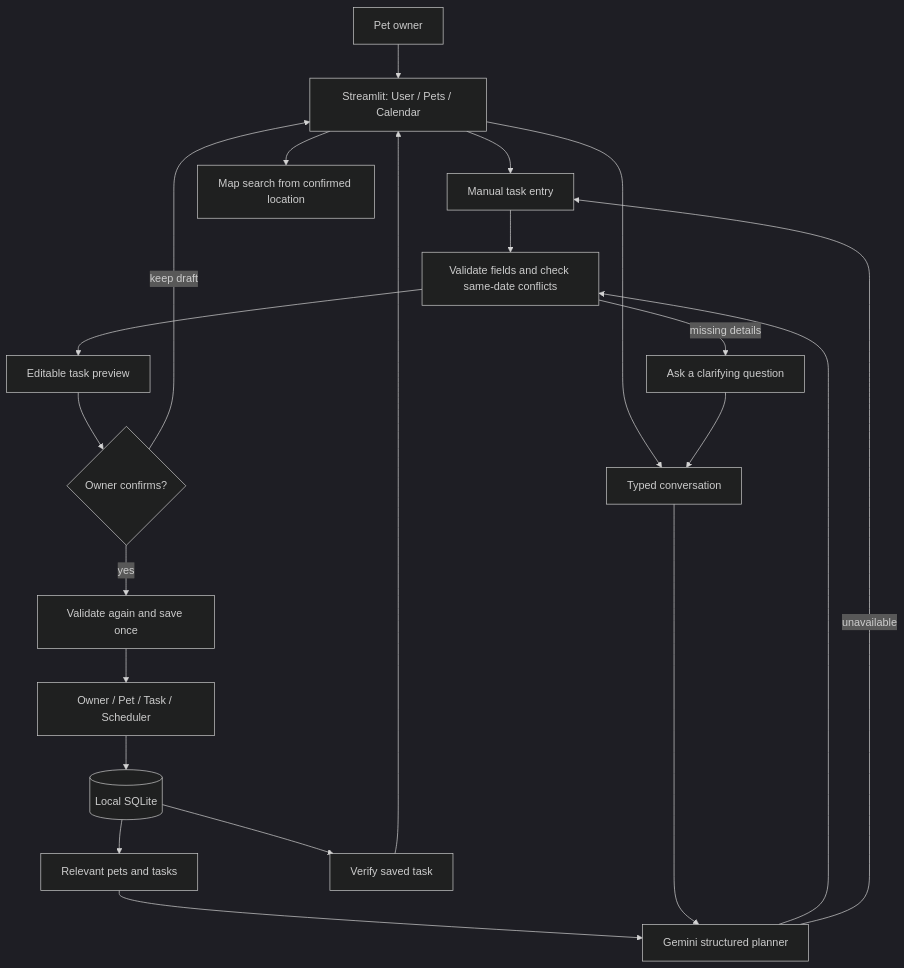
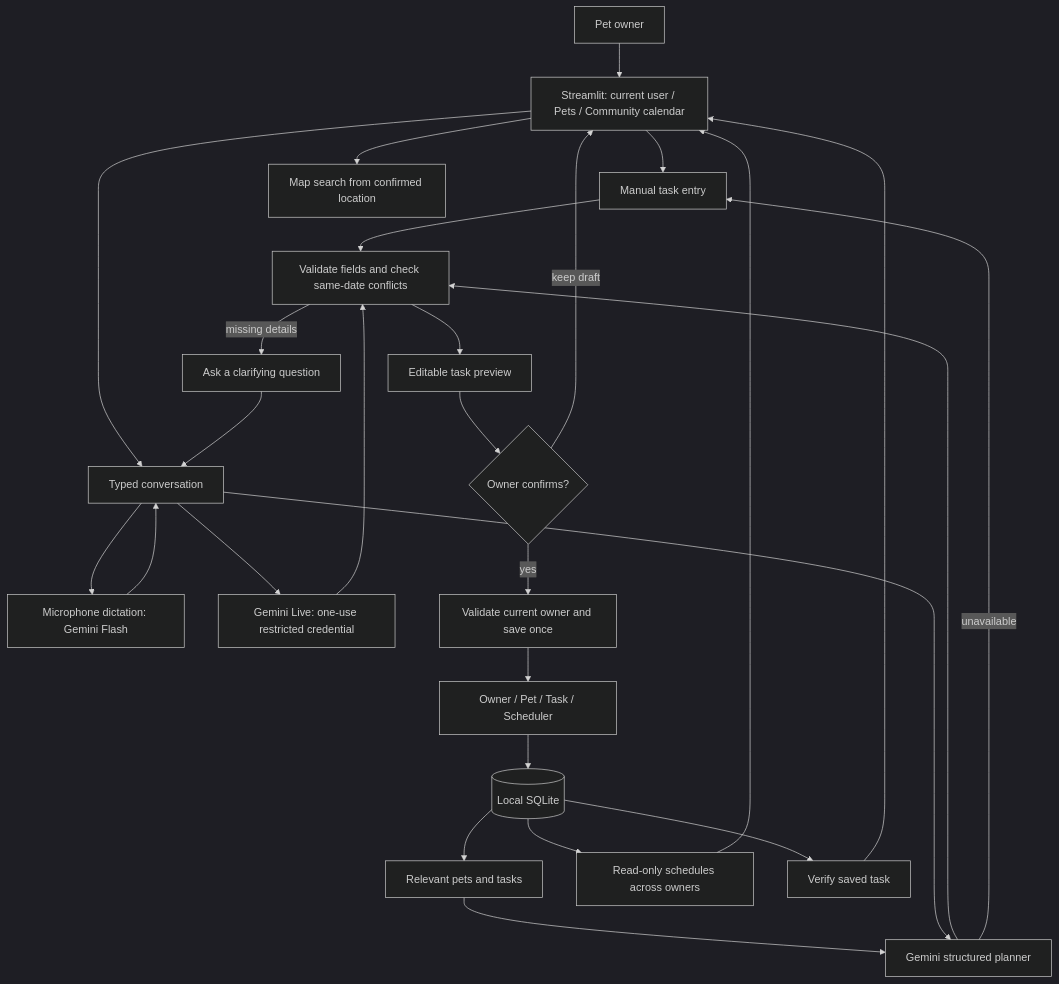
Before and after one commit to antunishdPursuit/pawpal-ai-planner: the diagram in diagrams/architecture.mmd, drawn with Mermaid (dark theme). The commit also changed 2 other files, not shown here.

Commit message:
docs(planner): record community and voice behavior and checks

```diff
--- a/diagrams/architecture.mmd
+++ b/diagrams/architecture.mmd
@@ -1,21 +1,27 @@
 flowchart TD
-    User[Pet owner] --> UI[Streamlit: User / Pets / Calendar]
+    User[Pet owner] --> UI[Streamlit: current user / Pets / Community calendar]
     UI --> Manual[Manual task entry]
     UI --> Conversation[Typed conversation]
     Store[(Local SQLite)] --> Context[Relevant pets and tasks]
     Context --> Gemini[Gemini structured planner]
     Conversation --> Gemini
+    Conversation --> Dictation[Microphone dictation: Gemini Flash]
+    Dictation --> Conversation
+    Conversation --> Live[Gemini Live: one-use restricted credential]
+    Live --> Validator
+    Store --> Shared[Read-only schedules across owners]
+    Shared --> UI
     Gemini --> Validator[Validate fields and check same-date conflicts]
     Manual --> Validator
     Validator -->|missing details| Clarify[Ask a clarifying question]
     Clarify --> Conversation
     Validator --> Preview[Editable task preview]
     Preview --> Confirm{Owner confirms?}
     Confirm -->|keep draft| UI
-    Confirm -->|yes| Service[Validate again and save once]
+    Confirm -->|yes| Service[Validate current owner and save once]
     Service --> Domain[Owner / Pet / Task / Scheduler]
     Domain --> Store
     Store --> Readback[Verify saved task]
     Readback --> UI
     Gemini -->|unavailable| Manual
     UI --> Maps[Map search from confirmed location]
```
